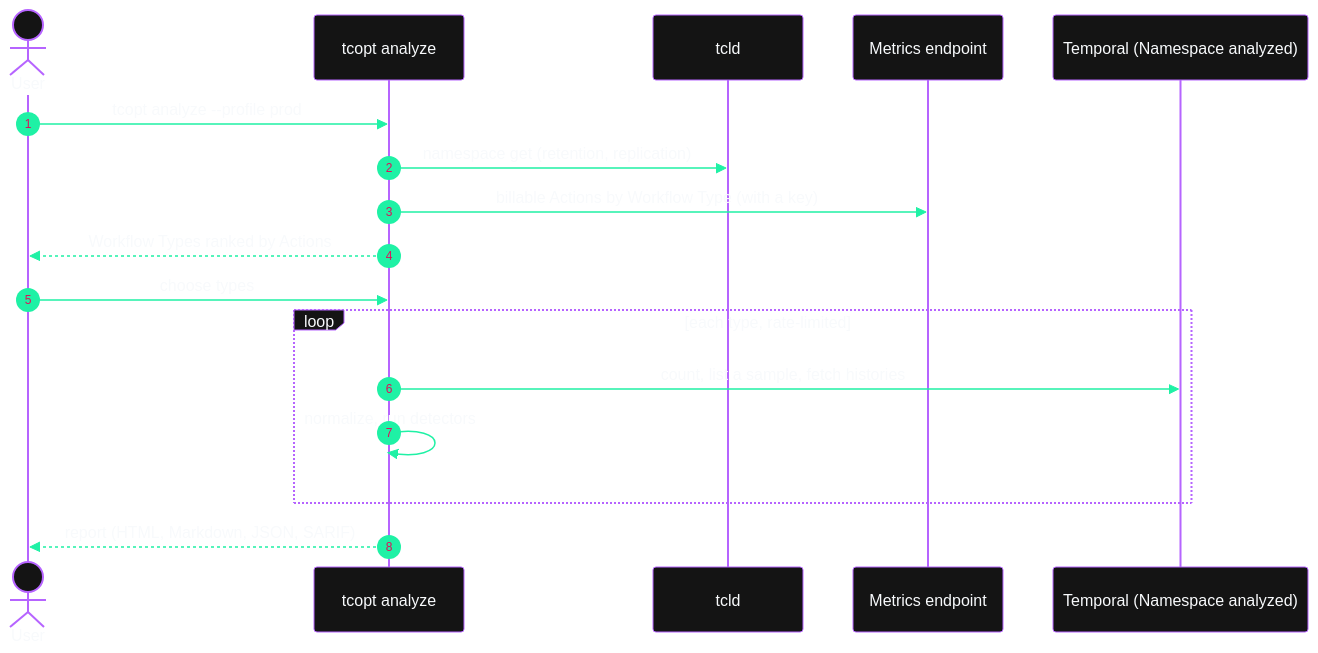
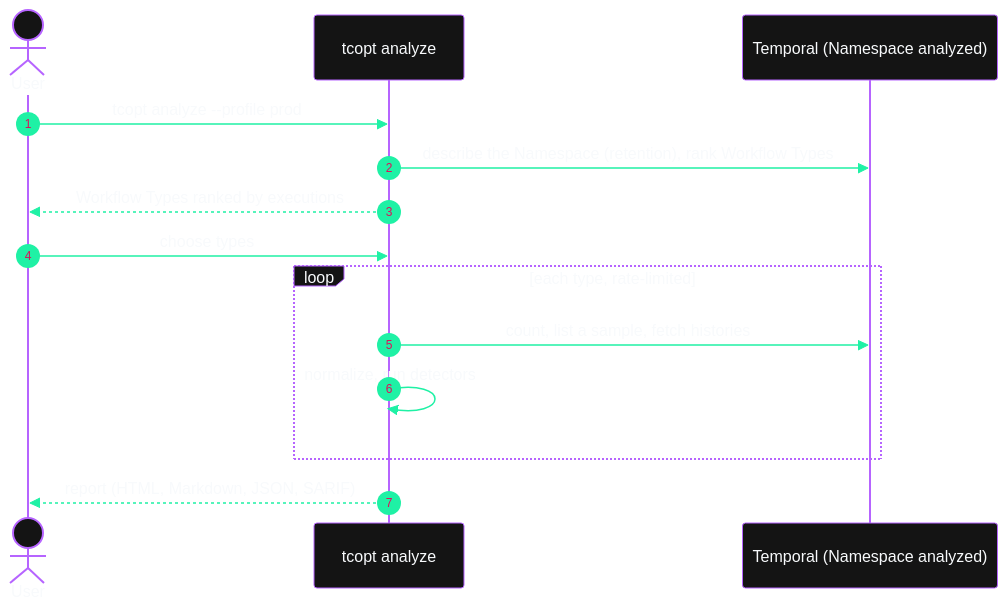
Before and after one commit to mikeacjones/temporal-toolkit-cost-optimizer: the third of 3 diagrams in docs/PLAN.md, drawn with Mermaid. The commit also changed other lines of this file and 206 other files, not shown here.

````diff
--- a/docs/PLAN.md
+++ b/docs/PLAN.md
@@ -291,21 +237,18 @@
 ```mermaid
 %%{init: {"theme": "base", "themeVariables": {"primaryColor": "#141414", "primaryTextColor": "#f8fafc", "primaryBorderColor": "#444ce7", "lineColor": "#1ff1a5", "textColor": "#f8fafc", "actorBkg": "#141414", "actorBorder": "#b664ff", "actorTextColor": "#f8fafc", "signalColor": "#1ff1a5", "signalTextColor": "#f8fafc", "noteBkgColor": "#1a1830", "noteTextColor": "#cacbf9", "noteBorderColor": "#465a78"}}}%%
 sequenceDiagram
   autonumber
   actor U as User
   participant CLI as tcopt analyze
-  participant TC as tcld
-  participant M as Metrics endpoint
   participant NS as Temporal (Namespace analyzed)
 
   U->>CLI: tcopt analyze --profile prod
-  CLI->>TC: namespace get (retention, replication)
-  CLI->>M: billable Actions by Workflow Type (with a key)
-  CLI-->>U: Workflow Types ranked by Actions
+  CLI->>NS: describe the Namespace (retention), rank Workflow Types
+  CLI-->>U: Workflow Types ranked by executions
   U->>CLI: choose types
   loop each type, rate-limited
     CLI->>NS: count, list a sample, fetch histories
     CLI->>CLI: normalize, run detectors
   end
   CLI-->>U: report (HTML, Markdown, JSON, SARIF)
 ```
````
